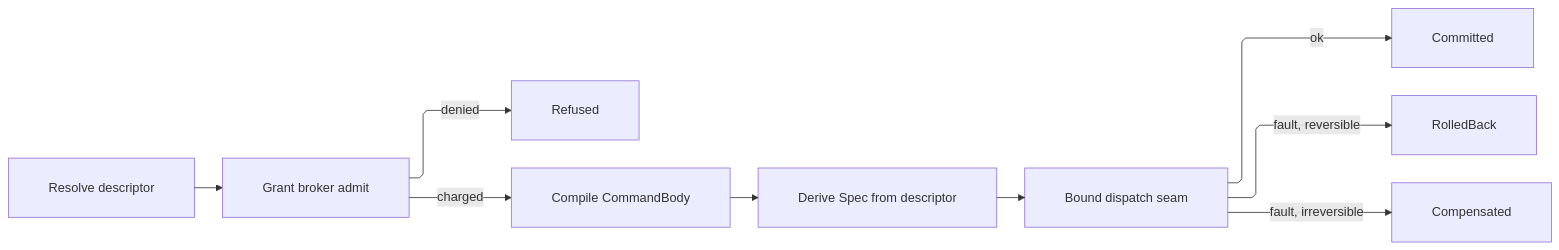
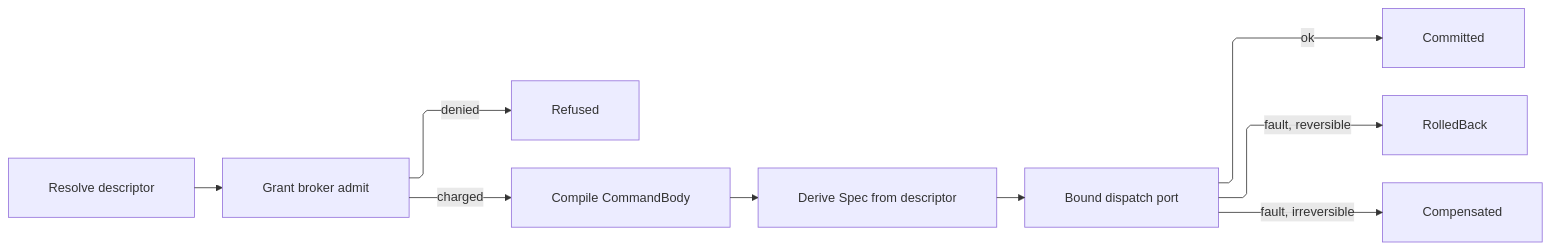
Before and after one commit to bsamiee/Rasm: the diagram in libs/dotnet/Rasm.AppHost/.planning/Agent/capability.md, drawn with Mermaid. The commit also changed other lines of this file and 1997 other files, not shown here.

````diff
--- a/libs/dotnet/Rasm.AppHost/.planning/Agent/capability.md
+++ b/libs/dotnet/Rasm.AppHost/.planning/Agent/capability.md
@@ -520,20 +520,20 @@
 ```mermaid
 ---
 config:
   layout: elk
   flowchart:
     curve: linear
     padding: 25
 ---
 flowchart LR
     accTitle: Brokered command lifecycle
-    accDescr: One resolved descriptor passes grant admission, compiles to a command body, derives its dispatch posture, crosses the one bound seam, and settles as committed, rolled back, or compensated.
+    accDescr: One resolved descriptor passes grant admission, compiles to a command body, derives its dispatch posture, crosses the one bound port, and settles as committed, rolled back, or compensated.
     Resolve[Resolve descriptor] --> Broker[Grant broker admit]
     Broker -->|denied| Refused[Refused]
     Broker -->|charged| Compile[Compile CommandBody]
     Compile --> Posture[Derive Spec from descriptor]
-    Posture --> Dispatch[Bound dispatch seam]
+    Posture --> Dispatch[Bound dispatch port]
     Dispatch -->|ok| Committed[Committed]
     Dispatch -->|fault, reversible| RolledBack[RolledBack]
     Dispatch -->|fault, irreversible| Compensated[Compensated]
 ```
````
